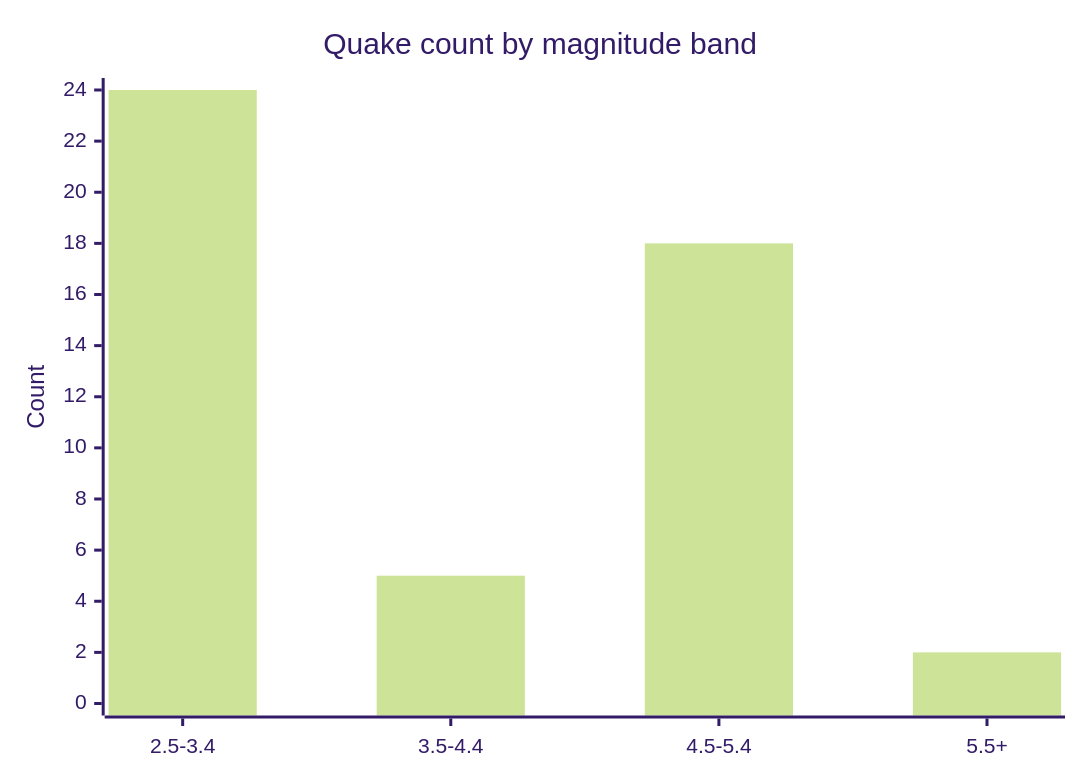
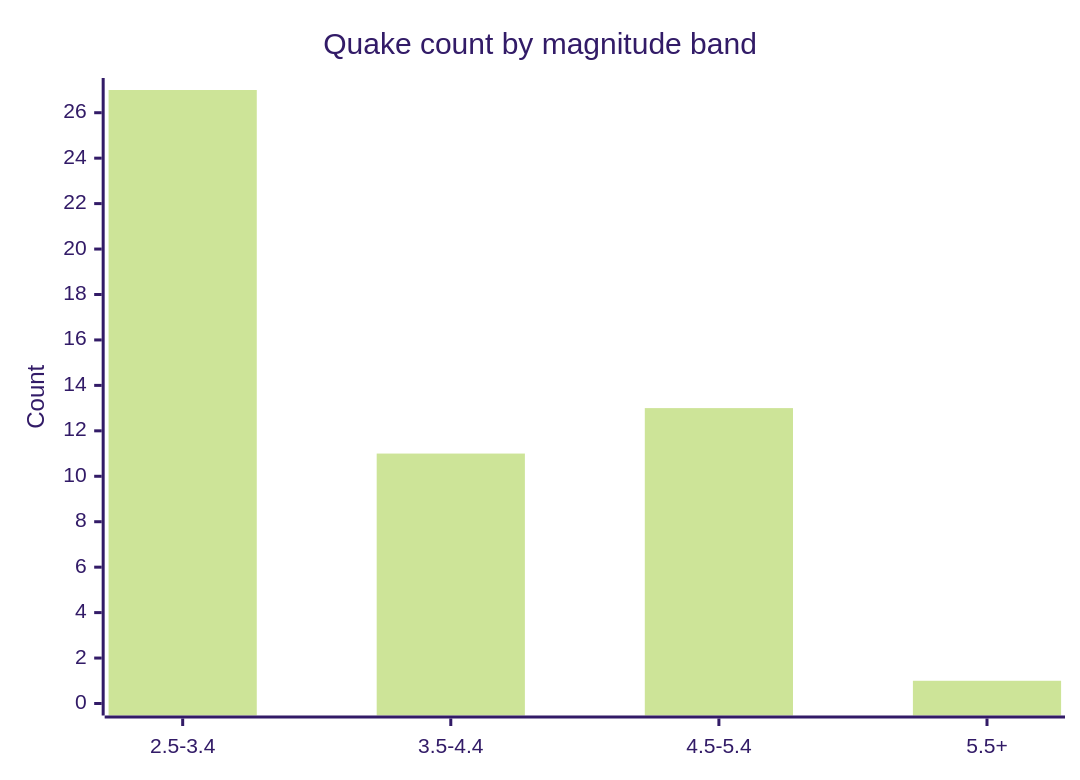
The fifth of 6 diagrams in docs/GRAPHS.md (Midwest-Stratospheric/aerostratospheric-defense-gir), drawn with Mermaid (forest theme) before and after one commit. The commit also changed other lines of this file and 26 other files, not shown here.

````diff
--- a/docs/GRAPHS.md
+++ b/docs/GRAPHS.md
@@ -82,7 +82,7 @@
 ```mermaid
 xychart-beta
   title "Quake count by magnitude band"
   x-axis ["2.5-3.4", "3.5-4.4", "4.5-5.4", "5.5+"]
-  y-axis "Count" 0 --> 24
-  bar [24, 5, 18, 2]
+  y-axis "Count" 0 --> 27
+  bar [27, 11, 13, 1]
 ```
````
